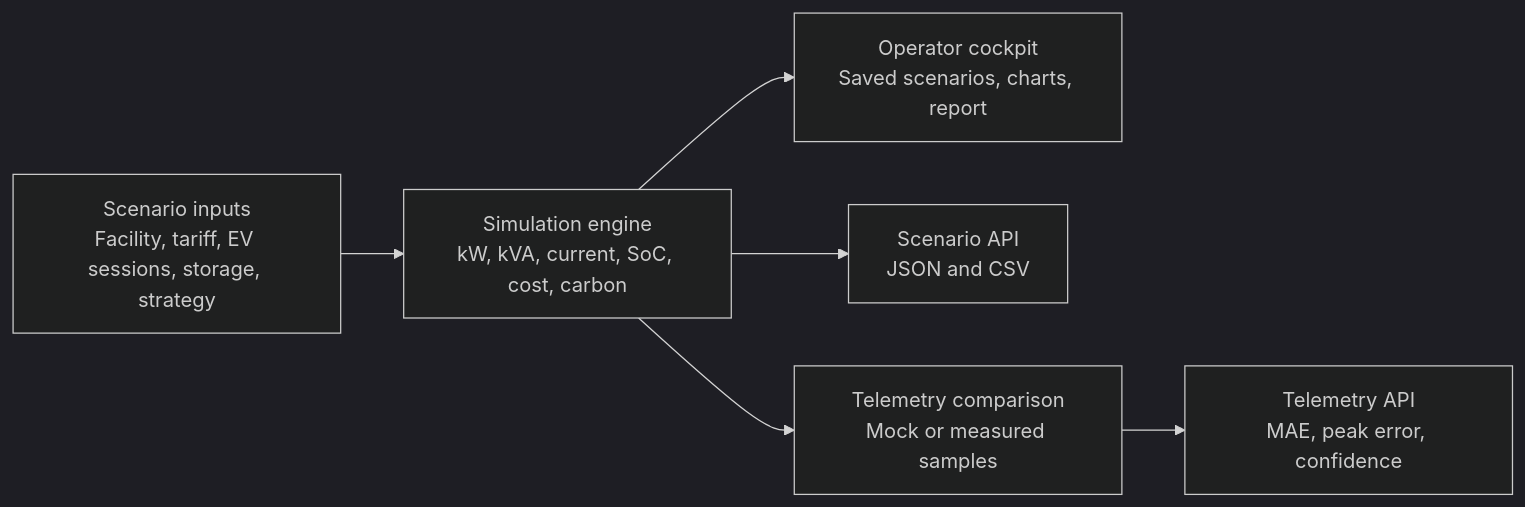
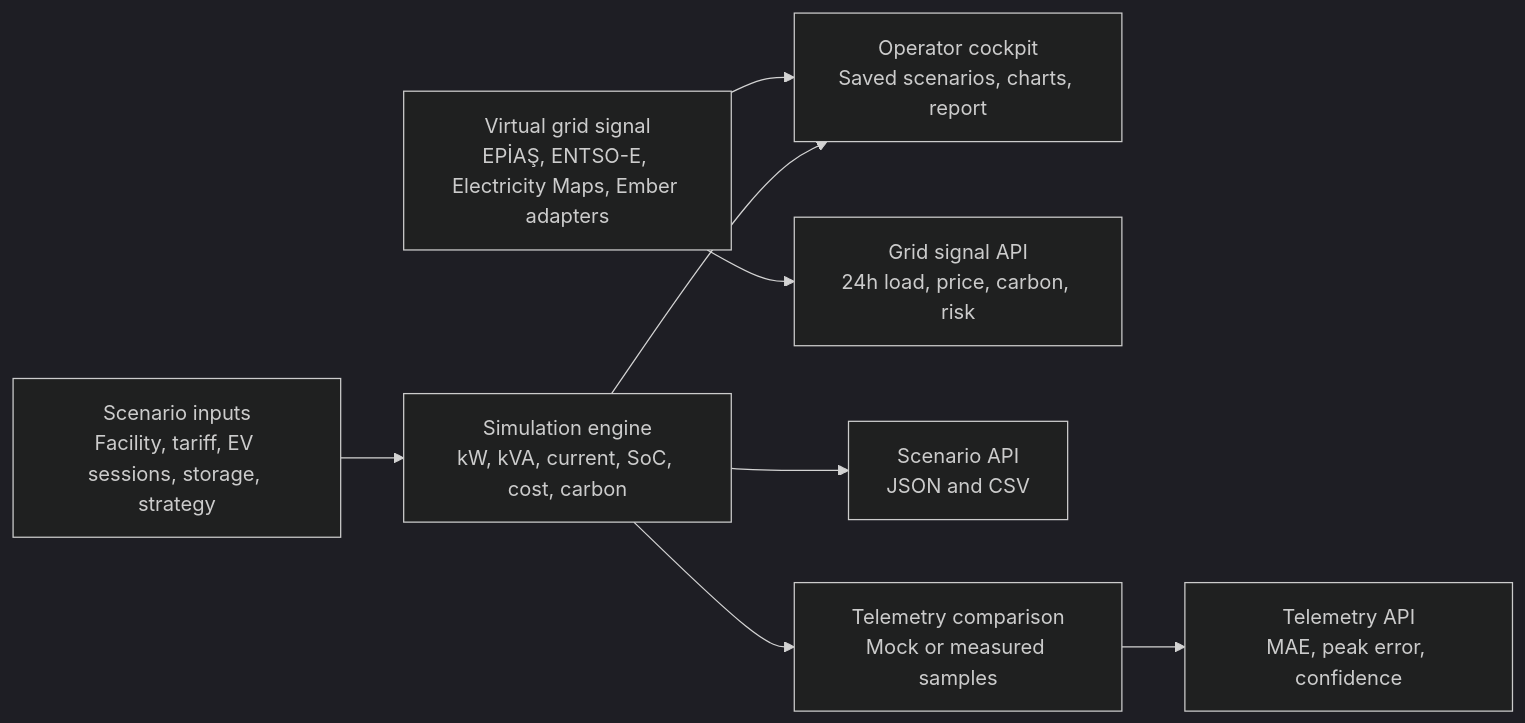
One commit to emrefbulut/VoltPilot changed the diagram in docs/FLEXGRID_TR_ARCHITECTURE.md. Above: the diagram before and after it, drawn with Mermaid (dark theme). The commit also changed other lines of this file and 20 other files, not shown here.

Commit message:
Add Turkish virtual grid signal cockpit

````diff
--- a/docs/FLEXGRID_TR_ARCHITECTURE.md
+++ b/docs/FLEXGRID_TR_ARCHITECTURE.md
@@ -5,8 +5,10 @@
 ```mermaid
 flowchart LR
     A["Scenario inputs\nFacility, tariff, EV sessions, storage, strategy"] --> B["Simulation engine\nkW, kVA, current, SoC, cost, carbon"]
     B --> C["Operator cockpit\nSaved scenarios, charts, report"]
-    B --> D["Scenario API\nJSON and CSV"]
-    B --> E["Telemetry comparison\nMock or measured samples"]
-    E --> F["Telemetry API\nMAE, peak error, confidence"]
+    G["Virtual grid signal\nEPİAŞ, ENTSO-E, Electricity Maps, Ember adapters"] --> C
+    G --> D["Grid signal API\n24h load, price, carbon, risk"]
+    B --> E["Scenario API\nJSON and CSV"]
+    B --> F["Telemetry comparison\nMock or measured samples"]
+    F --> H["Telemetry API\nMAE, peak error, confidence"]
 ```
````
